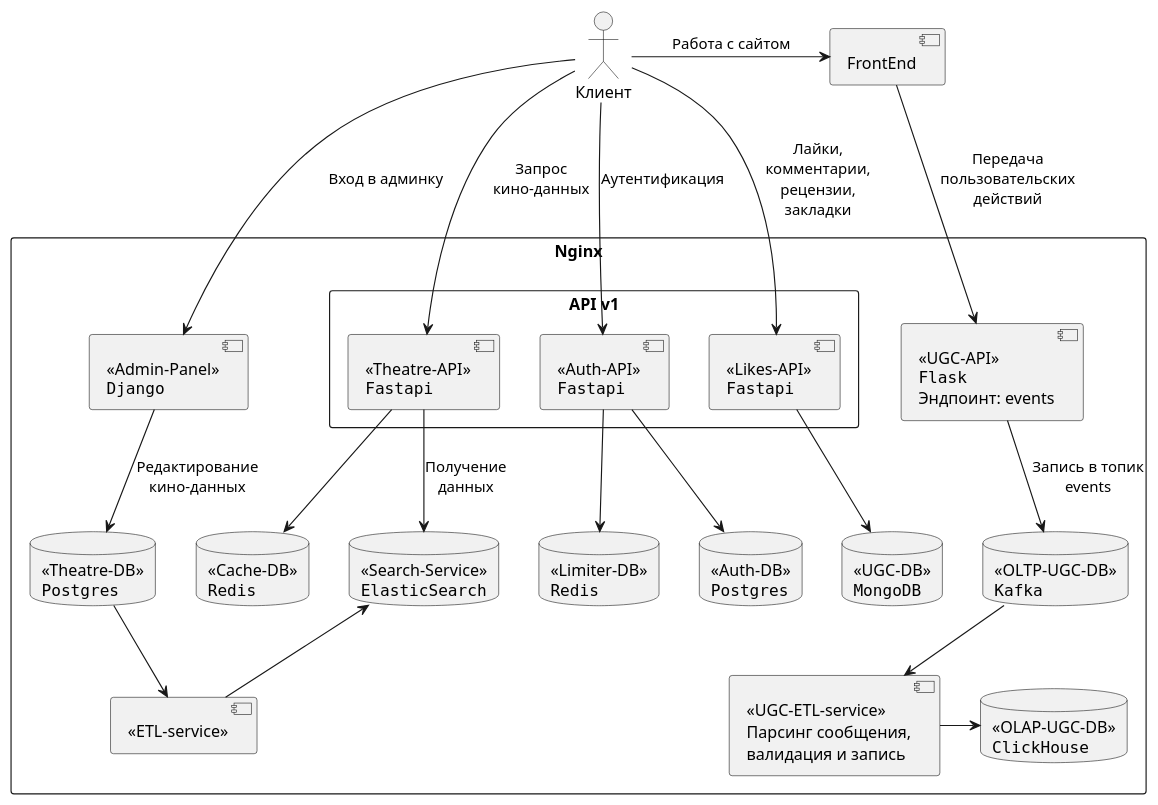
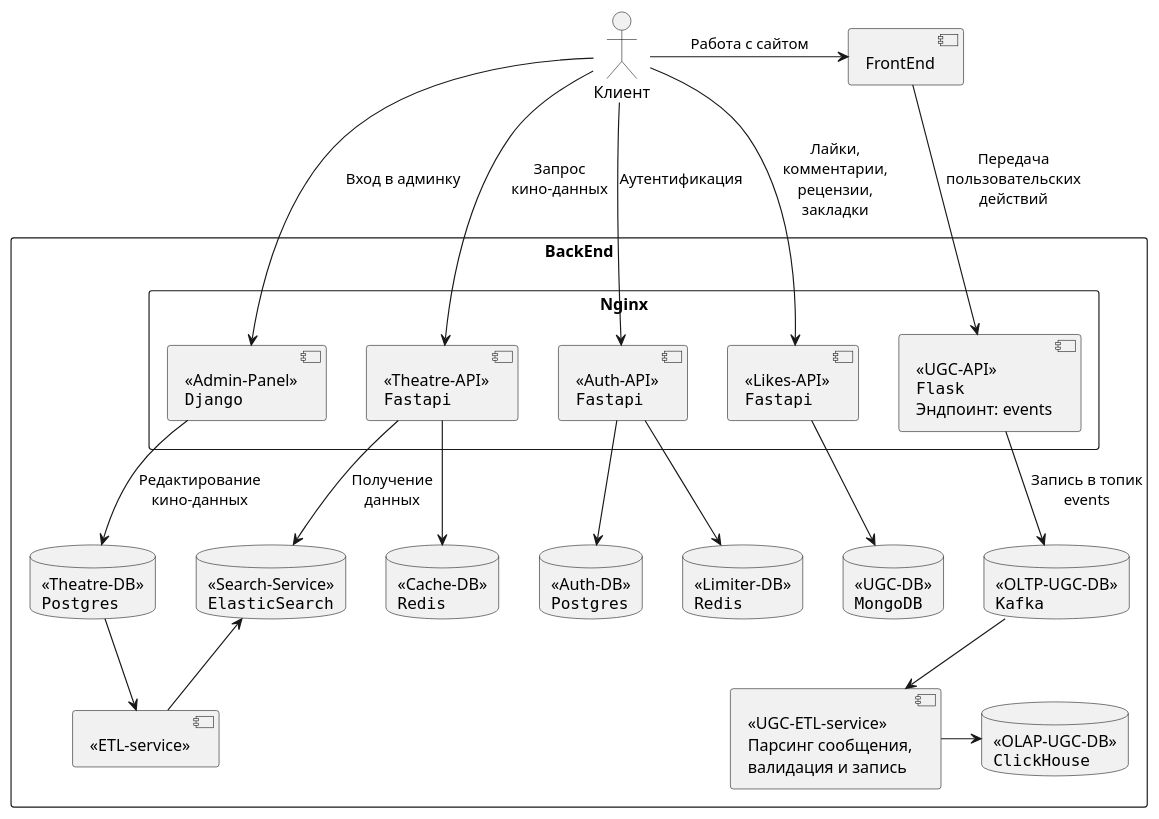
The diagram in docs/to_be/main.wsd (Garic-Che/ugc_team_3_sprint_2), drawn with PlantUML before and after one commit. The commit also changed 1 other file, not shown here.

```diff
--- a/docs/to_be/main.wsd
+++ b/docs/to_be/main.wsd
@@ -1,42 +1,42 @@
 @startuml Текущая архитектура
 skinparam componentStyle uml2
 actor Клиент as Client
 component "FrontEnd" as FrontEnd
-rectangle "Nginx" {
-    component "<<Admin-Panel>>\n""Django""" as AdminPanel
-    component "<<ETL-service>>" as ETLService
-    rectangle "API v1" as ApiV1 {
+rectangle "BackEnd" {
+    rectangle "Nginx" as ApiV1 {
+        component "<<Admin-Panel>>\n""Django""" as AdminPanel
         component "<<Theatre-API>>\n""Fastapi""" as TheatreApi
         component "<<Auth-API>>\n""Fastapi""" as AuthApi
         component "<<Likes-API>>\n""Fastapi""" as LikesApi
+        component "<<UGC-API>>\n""Flask""\nЭндпоинт: events" as UGCApi
     }
+    component "<<ETL-service>>" as ETLService
     database "<<Search-Service>>\n""ElasticSearch""" as SearchService
     database "<<Cache-DB>>\n""Redis""" as CacheDB
     database "<<Theatre-DB>>\n""Postgres""" as TheatreDB
     database "<<Auth-DB>>\n""Postgres""" as AuthDB
     database "<<Limiter-DB>>\n""Redis""" as LimiterDB
-    component "<<UGC-API>>\n""Flask""\nЭндпоинт: events" as UGCApi
     database "<<OLTP-UGC-DB>>\n""Kafka""" as OLTP_UGC_DB
     database "<<OLAP-UGC-DB>>\n""ClickHouse""" as OLAP_UGC_DB
     database "<<UGC-DB>>\n""MongoDB""" as UGC_DB
     component "<<UGC-ETL-service>>\nПарсинг сообщения,\nвалидация и запись" as UGC_ETL
 }
 
 Client -down-> AdminPanel: Вход в админку
 Client -down-> TheatreApi: Запрос\nкино-данных
 Client -down-> AuthApi: Аутентификация
 Client -down-> LikesApi: Лайки,\nкомментарии,\nрецензии,\nзакладки
 Client -> FrontEnd: Работа с сайтом
 FrontEnd -down-> UGCApi: Передача\nпользовательских\nдействий
 TheatreApi -down-> SearchService: Получение\nданных
 TheatreApi -down-> CacheDB
 AdminPanel -down-> TheatreDB: Редактирование\nкино-данных
 AuthApi -down-> AuthDB
 AuthApi -down-> LimiterDB
 TheatreDB -down-> ETLService
 ETLService -up-> SearchService
 UGCApi -down-> OLTP_UGC_DB: Запись в топик\nevents
 LikesApi -down-> UGC_DB
 OLTP_UGC_DB -down-> UGC_ETL
 UGC_ETL -right-> OLAP_UGC_DB
 @enduml
```
